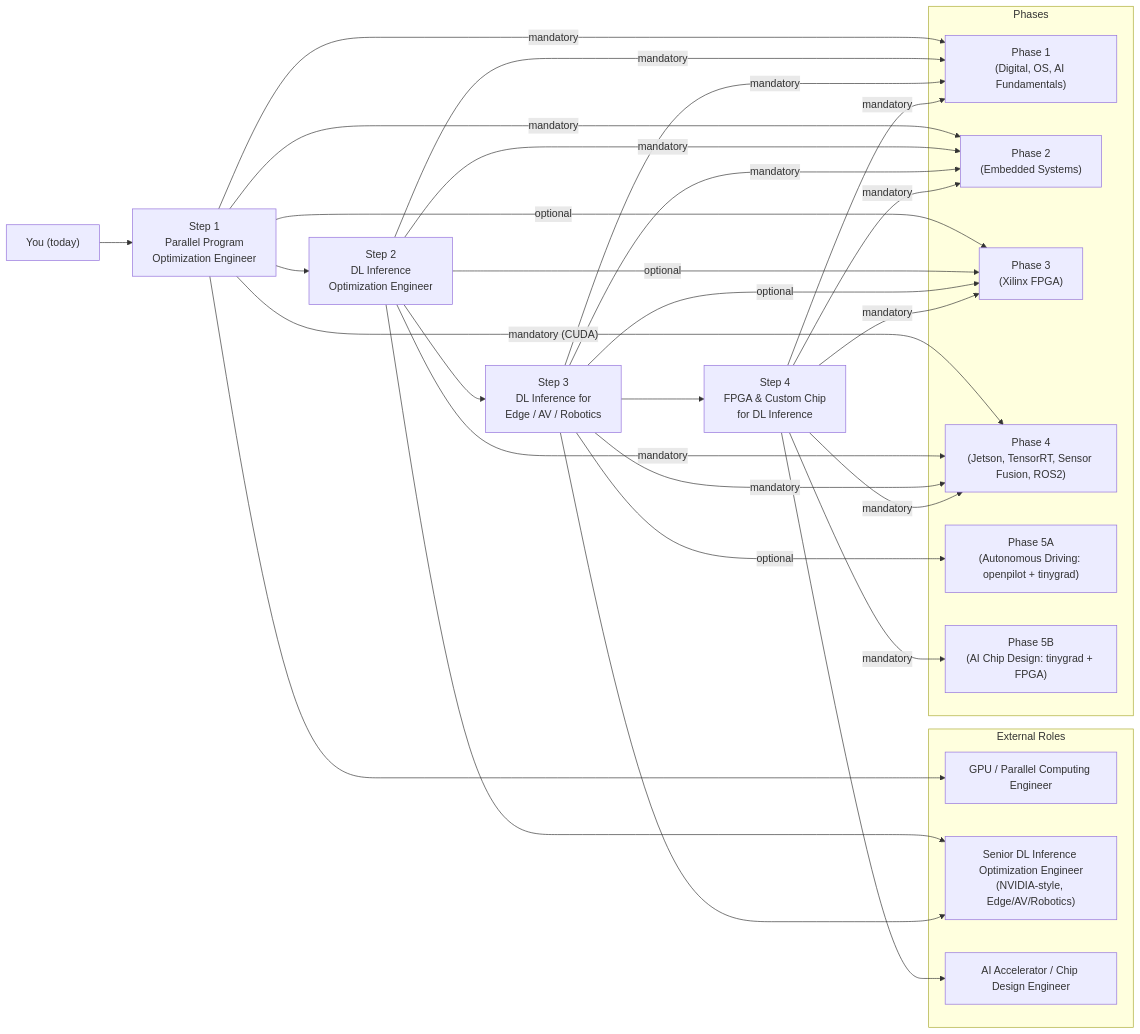
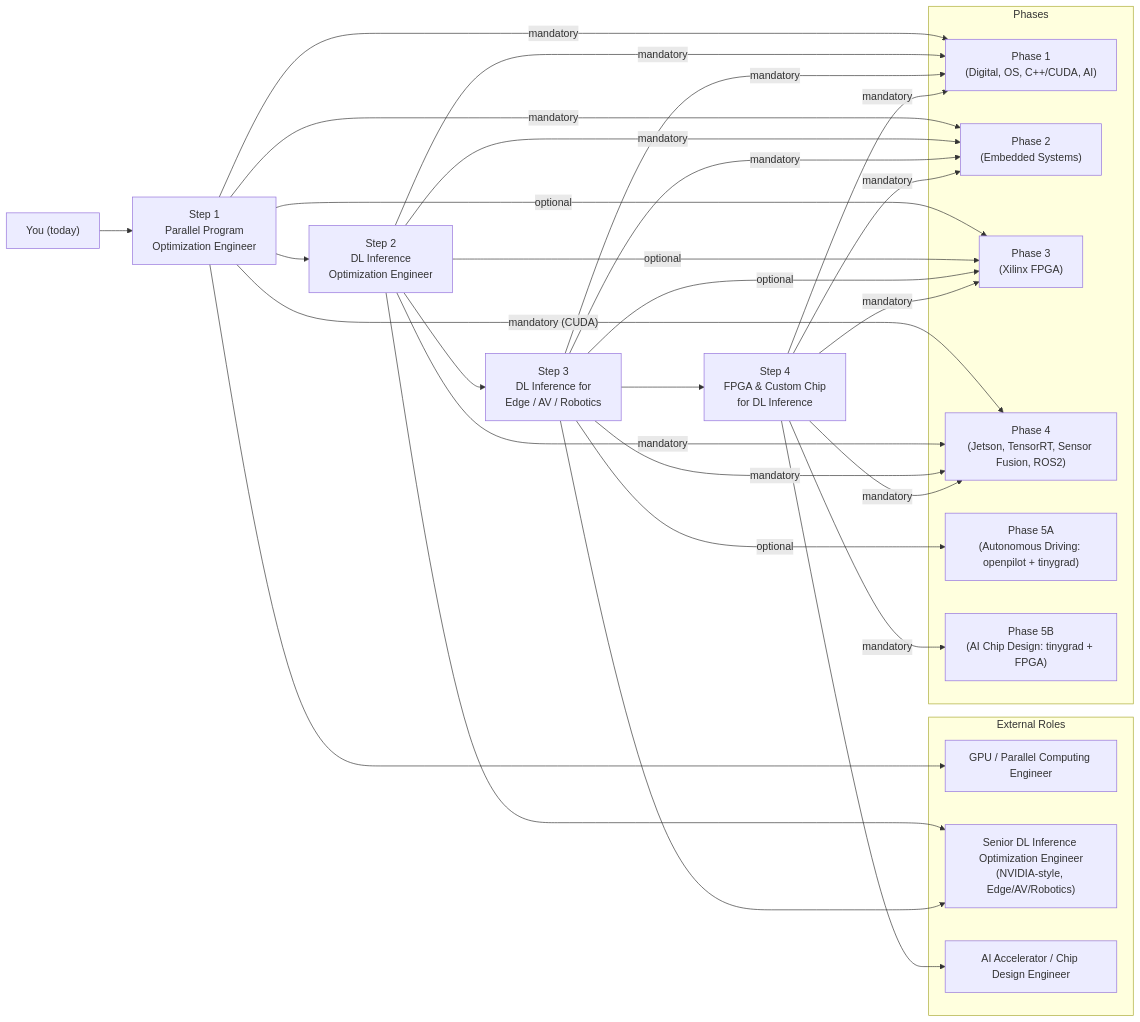
The diagram in README.md (ai-hardware-roadmap/ai-hardware-engineer-roadmap), drawn with Mermaid before and after one commit. The commit also changed other lines of this file and 4 other files, not shown here.

Commit message:
Phase 1: add section 5 Deep C++/CUDA; renumber AI Fundamentals to 6

````diff
--- a/README.md
+++ b/README.md
@@ -22,49 +22,49 @@
 ```mermaid
 graph LR
   A["You (today)"] --> R1["Step 1<br/>Parallel Program<br/>Optimization Engineer"]
   R1 --> R2["Step 2<br/>DL Inference<br/>Optimization Engineer"]
   R2 --> R3["Step 3<br/>DL Inference for<br/>Edge / AV / Robotics"]
   R3 --> R4["Step 4<br/>FPGA & Custom Chip<br/>for DL Inference"]
 
   subgraph External Roles
     N1["GPU / Parallel Computing Engineer"]
     N2["Senior DL Inference Optimization Engineer<br/>(NVIDIA-style, Edge/AV/Robotics)"]
     N3["AI Accelerator / Chip Design Engineer"]
   end
 
   R1 --> N1
   R2 --> N2
   R3 --> N2
   R4 --> N3
 
   subgraph Phases
-    P1["Phase 1<br/>(Digital, OS, AI Fundamentals)"]
+    P1["Phase 1<br/>(Digital, OS, C++/CUDA, AI)"]
     P2["Phase 2<br/>(Embedded Systems)"]
     P3["Phase 3<br/>(Xilinx FPGA)"]
     P4["Phase 4<br/>(Jetson, TensorRT, Sensor Fusion, ROS2)"]
     P5A["Phase 5A<br/>(Autonomous Driving: openpilot + tinygrad)"]
     P5B["Phase 5B<br/>(AI Chip Design: tinygrad + FPGA)"]
   end
 
   R1 -- "mandatory" --> P1
   R1 -- "mandatory" --> P2
   R1 -- "optional" --> P3
   R1 -- "mandatory (CUDA)" --> P4
 
   R2 -- "mandatory" --> P1
   R2 -- "mandatory" --> P2
   R2 -- "optional" --> P3
   R2 -- "mandatory" --> P4
 
   R3 -- "mandatory" --> P1
   R3 -- "mandatory" --> P2
   R3 -- "mandatory" --> P4
   R3 -- "optional" --> P3
   R3 -- "optional" --> P5A
 
   R4 -- "mandatory" --> P1
   R4 -- "mandatory" --> P2
   R4 -- "mandatory" --> P3
   R4 -- "mandatory" --> P4
   R4 -- "mandatory" --> P5B
 ```
````
